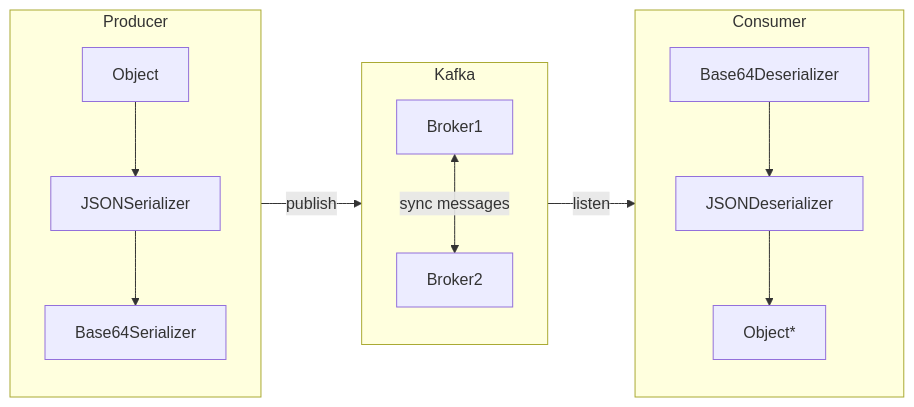
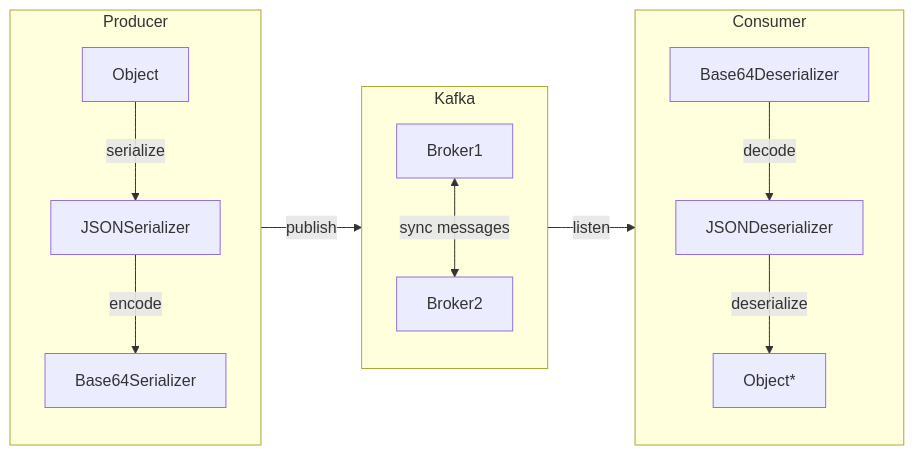
One commit to pwmcintyre/java-kafka-serdes changed the diagram in README.md. Above: the diagram before and after it, drawn with Mermaid.

Commit message:
doco: more diagram detail

````diff
--- a/README.md
+++ b/README.md
@@ -9,16 +9,16 @@
 ```mermaid
 graph LR
     Producer -->|publish| Kafka -->|listen| Consumer
 
     subgraph Kafka
         Broker1 <-->|sync messages| Broker2
     end
 
     subgraph Producer
-        Object --> JSONSerializer --> Base64Serializer
+        Object -->|serialize| JSONSerializer -->|encode| Base64Serializer
     end
 
     subgraph Consumer
-        Base64Deserializer --> JSONDeserializer --> Object*
+        Base64Deserializer -->|decode| JSONDeserializer -->|deserialize| Object*
     end
 ```
````
